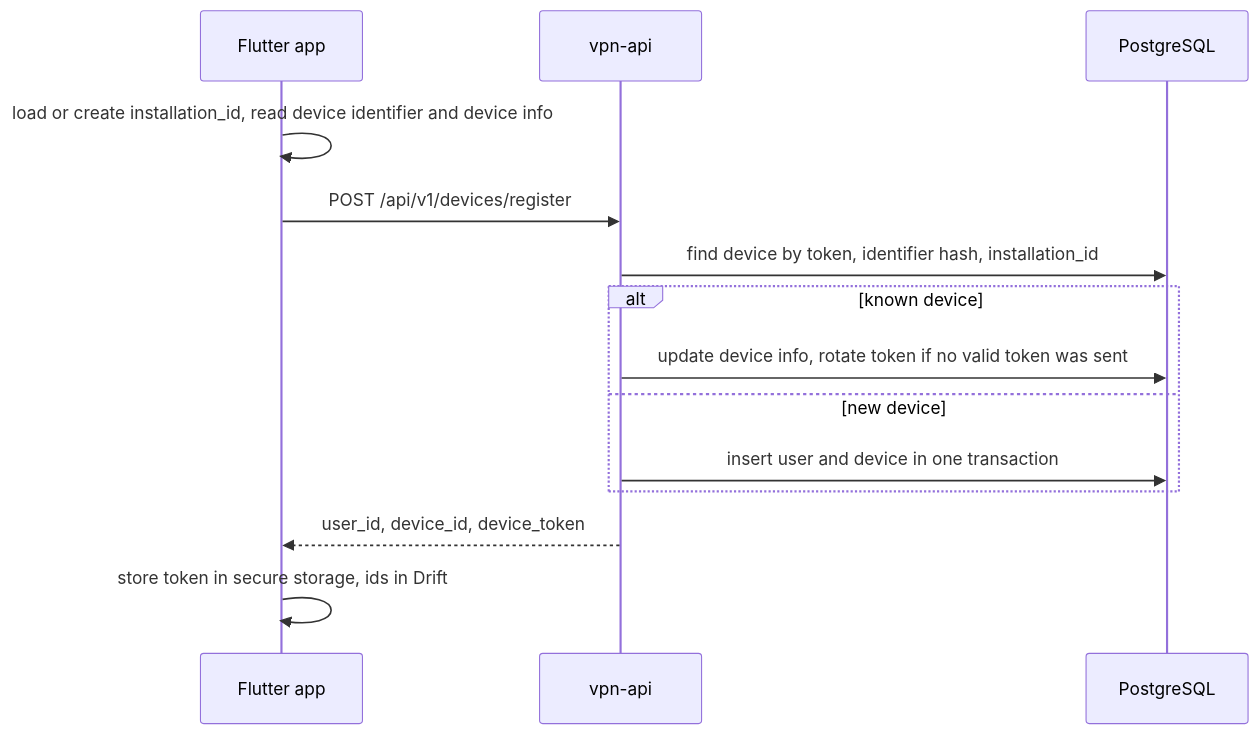
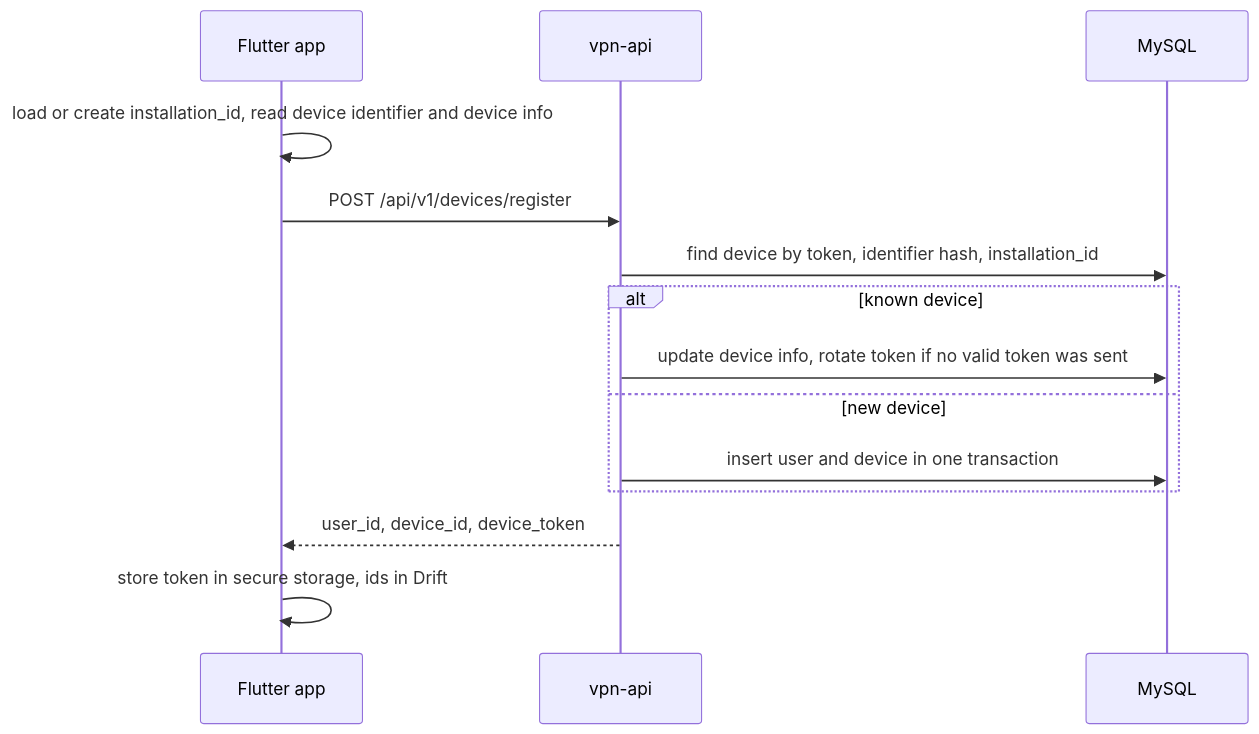
The second of 3 diagrams in docs/architecture.md (TomasPetrik/vpn), drawn with Mermaid before and after one commit. The commit also changed other lines of this file and 7 other files, not shown here.

````diff
--- a/docs/architecture.md
+++ b/docs/architecture.md
@@ -71,16 +71,16 @@
 ```mermaid
 sequenceDiagram
   participant App as Flutter app
   participant API as vpn-api
-  participant DB as PostgreSQL
+  participant DB as MySQL
   App->>App: load or create installation_id, read device identifier and device info
   App->>API: POST /api/v1/devices/register
   API->>DB: find device by token, identifier hash, installation_id
   alt known device
     API->>DB: update device info, rotate token if no valid token was sent
   else new device
     API->>DB: insert user and device in one transaction
   end
   API-->>App: user_id, device_id, device_token
   App->>App: store token in secure storage, ids in Drift
 ```
````
